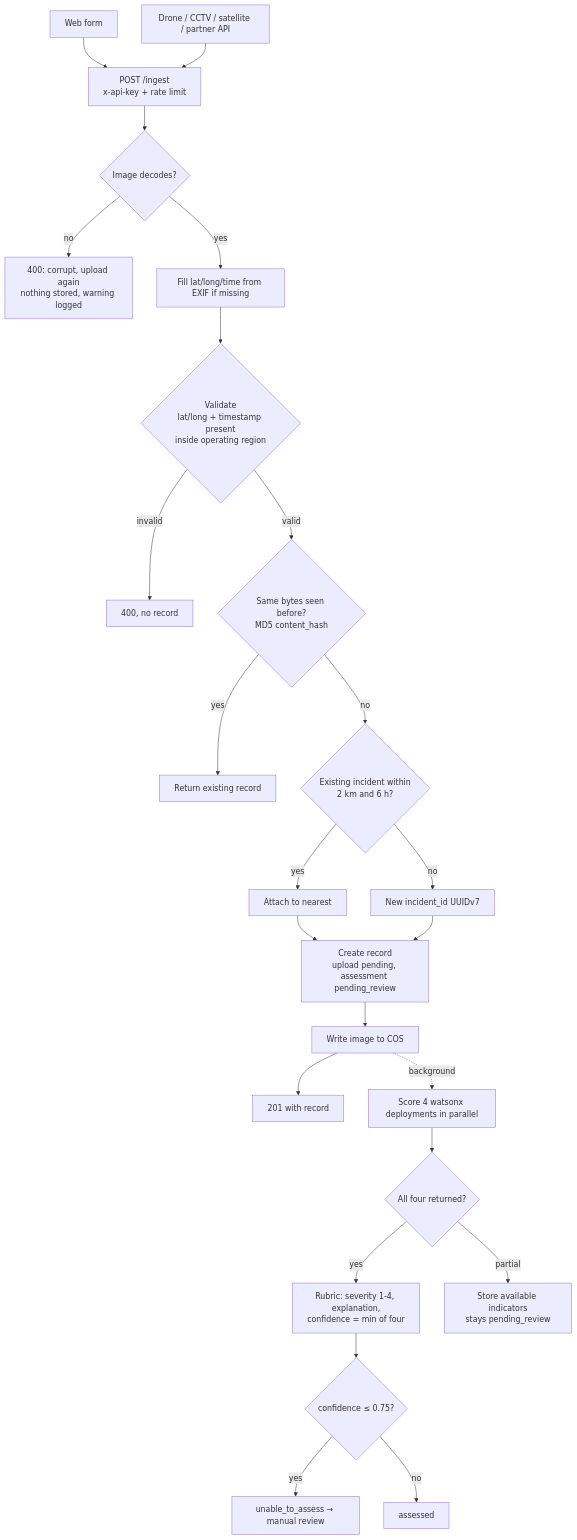
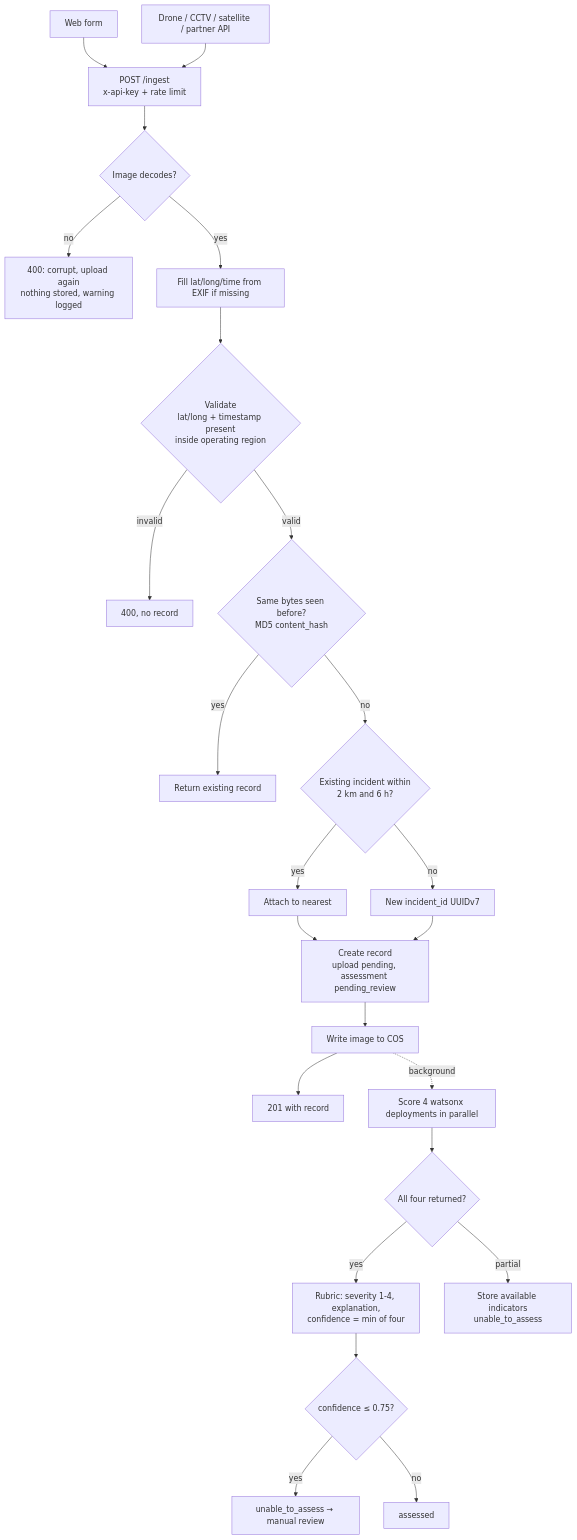
Before and after one commit to lbrh/EMBERA: the diagram in docs/live/architecture.md, drawn with Mermaid. The commit also changed 21 other files, not shown here.

````diff
--- a/docs/live/architecture.md
+++ b/docs/live/architecture.md
@@ -22,26 +22,26 @@
 ```mermaid
 flowchart TD
     A[Web form] --> C
     B[Drone / CCTV / satellite / partner API] --> C
     C[POST /ingest<br/>x-api-key + rate limit] --> RD{Image decodes?}
     RD -- no --> E1[400: corrupt, upload again<br/>nothing stored, warning logged]
     RD -- yes --> X[Fill lat/long/time from EXIF if missing]
     X --> D{Validate<br/>lat/long + timestamp present<br/>inside operating region}
     D -- invalid --> E[400, no record]
     D -- valid --> DUP{Same bytes seen before?<br/>MD5 content_hash}
     DUP -- yes --> R[Return existing record]
     DUP -- no --> G{Existing incident within<br/>2 km and 6 h?}
     G -- yes --> ATT[Attach to nearest]
     G -- no --> NEW[New incident_id UUIDv7]
     ATT --> H[Create record<br/>upload pending, assessment pending_review]
     NEW --> H
     H --> COS[Write image to COS]
     COS --> RESP[201 with record]
     COS -. background .-> K[Score 4 watsonx deployments in parallel]
     K --> S{All four returned?}
     S -- yes --> RULE[Rubric: severity 1-4, explanation,<br/>confidence = min of four]
     RULE --> ROUTE{confidence ≤ 0.75?}
     ROUTE -- yes --> REV[unable_to_assess → manual review]
     ROUTE -- no --> OK[assessed]
-    S -- partial --> P[Store available indicators<br/>stays pending_review]
+    S -- partial --> P[Store available indicators<br/>unable_to_assess]
 ```
````
